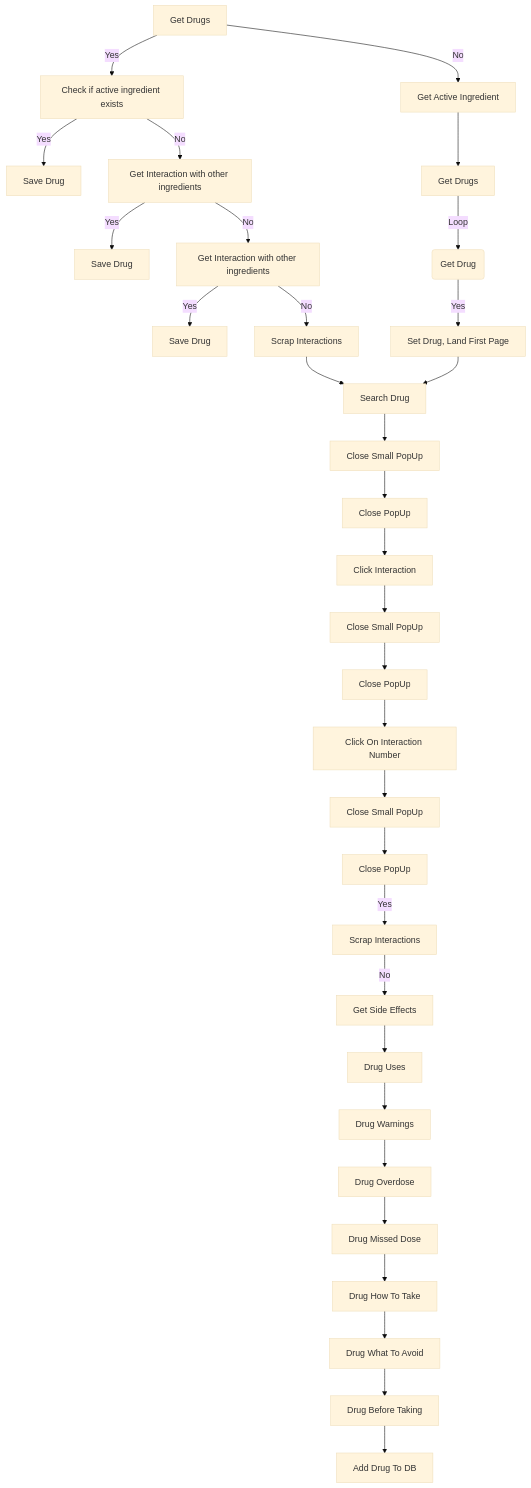
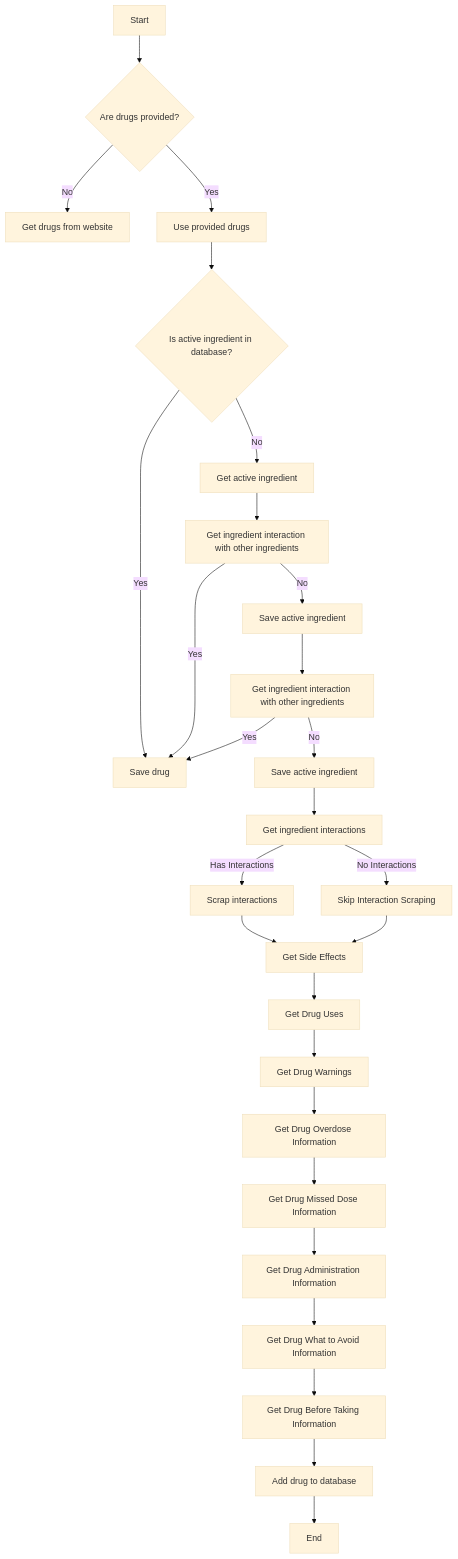
The diagram in README.md (ahmed-2001M/ScrapingBot), drawn with Mermaid (base theme) before and after one commit.

````diff
--- a/README.md
+++ b/README.md
@@ -2,42 +2,32 @@
 ```mermaid
+
 graph TD;
+    A[Start] --> B{Are drugs provided?};
+    B -- No --> C[Get drugs from website];
+    B -- Yes --> D[Use provided drugs];
+    D --> E{Is active ingredient in database?};
+    E -- Yes --> F[Save drug];
+    E -- No --> G[Get active ingredient];
+    G --> H[Get ingredient interaction with other ingredients];
+    H -- Yes --> F;
+    H -- No --> K[Save active ingredient];
+    K --> L[Get ingredient interaction with other ingredients];
+    L -- Yes --> F;
+    L -- No --> M[Save active ingredient];
+    M --> N[Get ingredient interactions];
+    N -- Has Interactions --> T[Scrap interactions];
+    N -- No Interactions --> U[Skip Interaction Scraping];
+    T --> V[Get Side Effects];
+    V --> W[Get Drug Uses];
+    W --> X[Get Drug Warnings];
+    X --> Y[Get Drug Overdose Information];
+    Y --> Z[Get Drug Missed Dose Information];
+    Z --> AA[Get Drug Administration Information];
+    AA --> AB[Get Drug What to Avoid Information];
+    AB --> AC[Get Drug Before Taking Information];
+    AC --> AD[Add drug to database];
+    AD --> AE[End];
+    U --> V;
 
 
-A[Get Drugs] -- Yes --> B[Check if active ingredient exists];
-A -- No --> C[Get Active Ingredient];
-
-B -- Yes --> D[Save Drug];
-B -- No --> E[Get Interaction with other ingredients];
-E -- Yes --> F[Save Drug];
-E -- No --> G[Get Interaction with other ingredients];
-
-G -- Yes --> H[Save Drug];
-G -- No --> I[Scrap Interactions];
-
-C --> J[Get Drugs];
-
-J --> |Loop| K(Get Drug);
-K -- Yes --> L[Set Drug, Land First Page];
-L --> M[Search Drug];
-M --> N[Close Small PopUp];
-N --> O[Close PopUp];
-O --> P[Click Interaction];
-P --> Q[Close Small PopUp];
-Q --> R[Close PopUp];
-
-I --> M;
-
-R --> S[Click On Interaction Number];
-S --> T[Close Small PopUp];
-T --> U[Close PopUp];
-U -- Yes --> V[Scrap Interactions];
-V -- No --> W[Get Side Effects];
-W --> X[Drug Uses];
-X --> Y[Drug Warnings];
-Y --> Z[Drug Overdose];
-Z --> AA[Drug Missed Dose];
-AA --> AB[Drug How To Take];
-AB --> AC[Drug What To Avoid];
-AC --> AD[Drug Before Taking];
-AD --> AE[Add Drug To DB];
 ```
````
